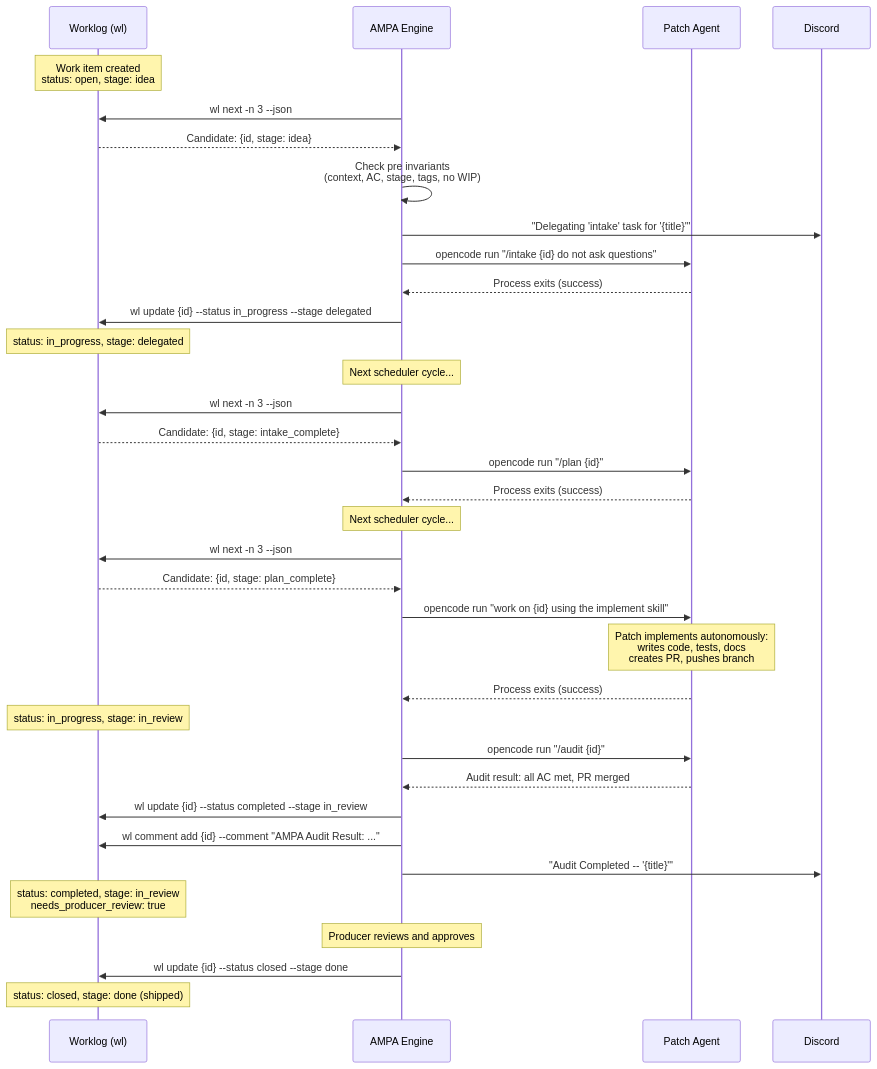
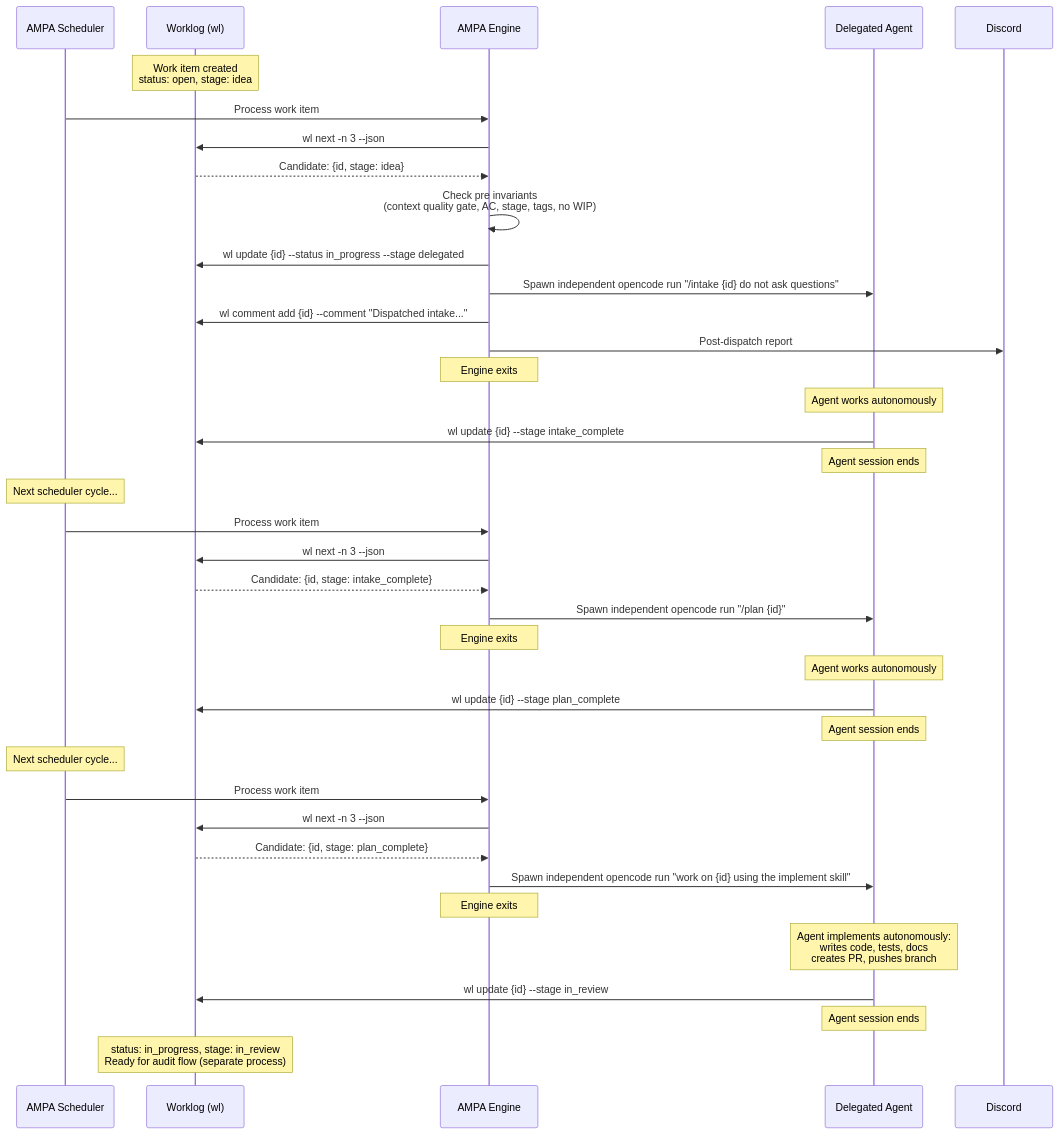
Before and after one commit to SorraTheOrc/SorraAgents: the first of 2 diagrams in docs/workflow/engine-prd.md, drawn with Mermaid. The commit also changed other lines of this file and 2 other files, not shown here.

First line of the commit message:
SA-0MLPYRLRY0ODG6YH: Revise engine PRD and align work item descriptions with updated design

````diff
--- a/docs/workflow/engine-prd.md
+++ b/docs/workflow/engine-prd.md
@@ -367,54 +336,53 @@
 ```mermaid
 sequenceDiagram
+    participant Scheduler as AMPA Scheduler
     participant WL as Worklog (wl)
     participant Engine as AMPA Engine
-    participant Patch as Patch Agent
+    participant Agent as Delegated Agent
     participant Discord as Discord
 
     Note over WL: Work item created<br/>status: open, stage: idea
 
+    Scheduler->>Engine: Process work item
+
     Engine->>WL: wl next -n 3 --json
     WL-->>Engine: Candidate: {id, stage: idea}
 
-    Engine->>Engine: Check pre invariants<br/>(context, AC, stage, tags, no WIP)
-
-    Engine->>Discord: "Delegating 'intake' task for '{title}'"
-    Engine->>Patch: opencode run "/intake {id} do not ask questions"
-    Patch-->>Engine: Process exits (success)
+    Engine->>Engine: Check pre invariants<br/>(context quality gate, AC, stage, tags, no WIP)
 
     Engine->>WL: wl update {id} --status in_progress --stage delegated
-    Note over WL: status: in_progress, stage: delegated
+    Engine->>Agent: Spawn independent opencode run "/intake {id} do not ask questions"
+    Engine->>WL: wl comment add {id} --comment "Dispatched intake..."
+    Engine->>Discord: Post-dispatch report
+    Note over Engine: Engine exits
 
-    Note over Engine: Next scheduler cycle...
+    Note over Agent: Agent works autonomously
+    Agent->>WL: wl update {id} --stage intake_complete
+    Note over Agent: Agent session ends
+
+    Note over Scheduler: Next scheduler cycle...
+    Scheduler->>Engine: Process work item
 
     Engine->>WL: wl next -n 3 --json
     WL-->>Engine: Candidate: {id, stage: intake_complete}
-    Engine->>Patch: opencode run "/plan {id}"
-    Patch-->>Engine: Process exits (success)
+    Engine->>Agent: Spawn independent opencode run "/plan {id}"
+    Note over Engine: Engine exits
 
-    Note over Engine: Next scheduler cycle...
+    Note over Agent: Agent works autonomously
+    Agent->>WL: wl update {id} --stage plan_complete
+    Note over Agent: Agent session ends
+
+    Note over Scheduler: Next scheduler cycle...
+    Scheduler->>Engine: Process work item
 
     Engine->>WL: wl next -n 3 --json
     WL-->>Engine: Candidate: {id, stage: plan_complete}
-    Engine->>Patch: opencode run "work on {id} using the implement skill"
+    Engine->>Agent: Spawn independent opencode run "work on {id} using the implement skill"
+    Note over Engine: Engine exits
 
-    Note over Patch: Patch implements autonomously:<br/>writes code, tests, docs<br/>creates PR, pushes branch
+    Note over Agent: Agent implements autonomously:<br/>writes code, tests, docs<br/>creates PR, pushes branch
+    Agent->>WL: wl update {id} --stage in_review
+    Note over Agent: Agent session ends
 
-    Patch-->>Engine: Process exits (success)
-
-    Note over WL: status: in_progress, stage: in_review
-
-    Engine->>Patch: opencode run "/audit {id}"
-    Patch-->>Engine: Audit result: all AC met, PR merged
-
-    Engine->>WL: wl update {id} --status completed --stage in_review
-    Engine->>WL: wl comment add {id} --comment "AMPA Audit Result: ..."
-    Engine->>Discord: "Audit Completed -- '{title}'"
-
-    Note over WL: status: completed, stage: in_review<br/>needs_producer_review: true
-
-    Note over Engine: Producer reviews and approves
-
-    Engine->>WL: wl update {id} --status closed --stage done
-    Note over WL: status: closed, stage: done (shipped)
+    Note over WL: status: in_progress, stage: in_review<br/>Ready for audit flow (separate process)
 ```
````
